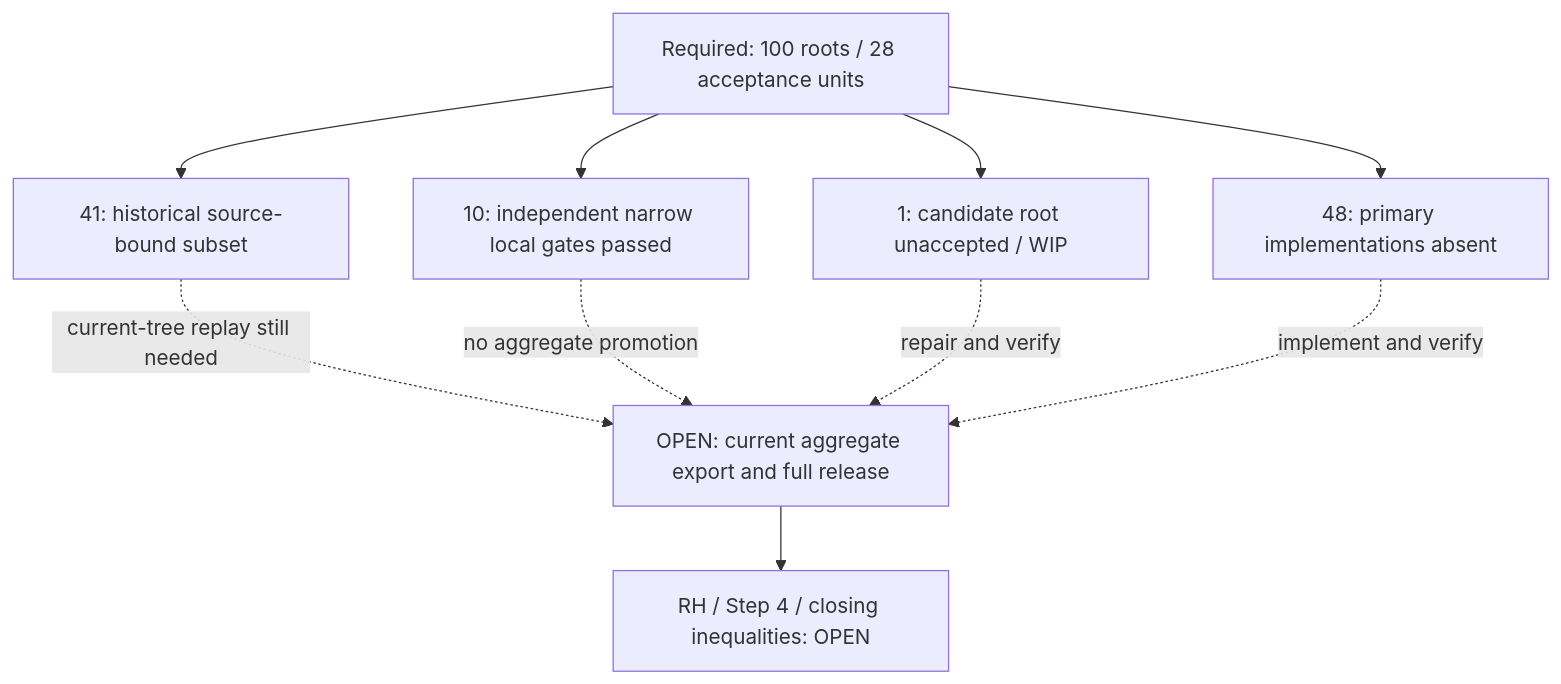
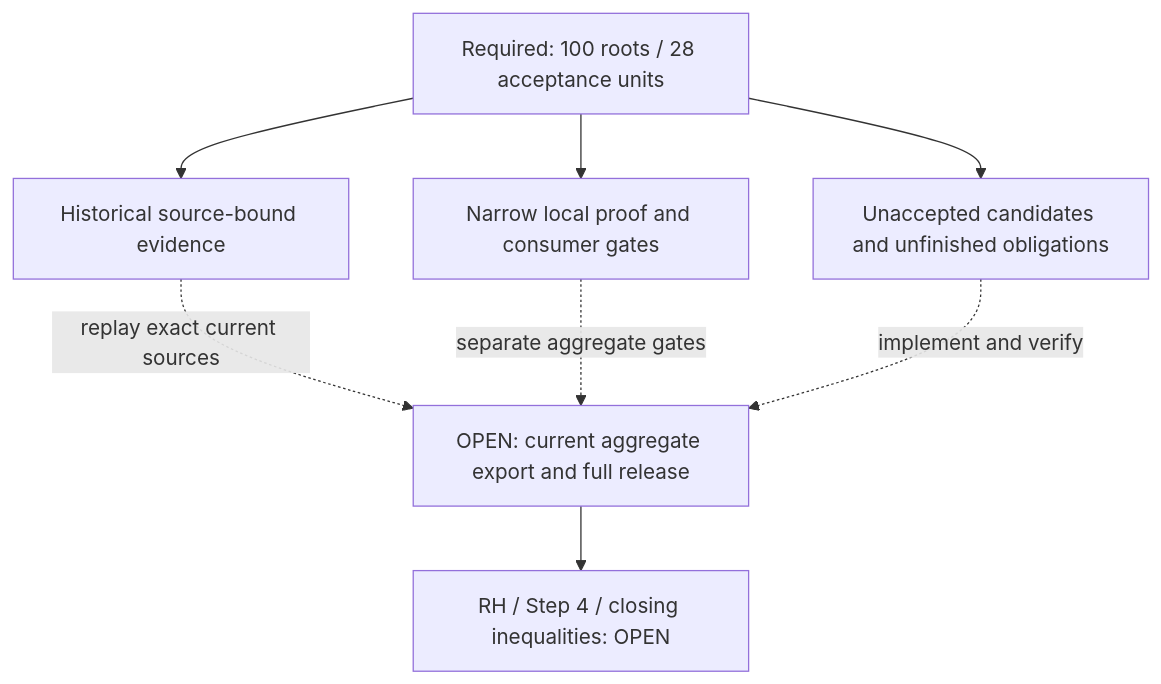
One commit to HMarcusWH/zeta-23-lean changed the first of 2 diagrams in research/RHRC/graph/OPICA_FOLLOWUP_CURRENT_STATE.md. Above: the diagram before and after it, drawn with Mermaid. The commit also changed other lines of this file and 263 other files, not shown here.

````diff
--- a/research/RHRC/graph/OPICA_FOLLOWUP_CURRENT_STATE.md
+++ b/research/RHRC/graph/OPICA_FOLLOWUP_CURRENT_STATE.md
@@ -18,13 +19,11 @@
 ```mermaid
 flowchart TD
   required["Required: 100 roots / 28 acceptance units"]
-  required --> historical["41: historical source-bound subset"]
-  required --> narrow["10: independent narrow local gates passed"]
-  required --> wip["1: candidate root unaccepted / WIP"]
-  required --> absent["48: primary implementations absent"]
-  historical -. "current-tree replay still needed" .-> acceptance["OPEN: current aggregate export and full release"]
-  narrow -. "no aggregate promotion" .-> acceptance
-  wip -. "repair and verify" .-> acceptance
-  absent -. "implement and verify" .-> acceptance
+  required --> historical["Historical source-bound evidence"]
+  required --> narrow["Narrow local proof and consumer gates"]
+  required --> candidates["Unaccepted candidates and unfinished obligations"]
+  historical -. "replay exact current sources" .-> acceptance["OPEN: current aggregate export and full release"]
+  narrow -. "separate aggregate gates" .-> acceptance
+  candidates -. "implement and verify" .-> acceptance
   acceptance --> terminal["RH / Step 4 / closing inequalities: OPEN"]
 ```
````
